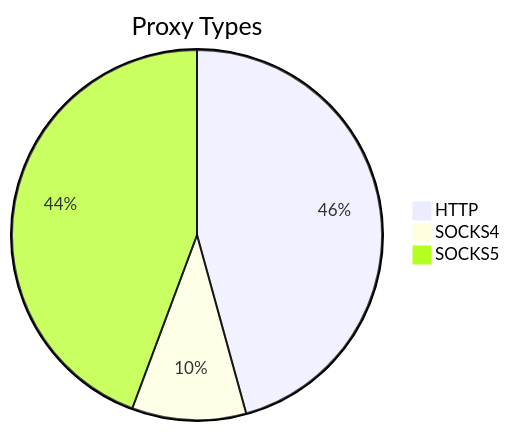
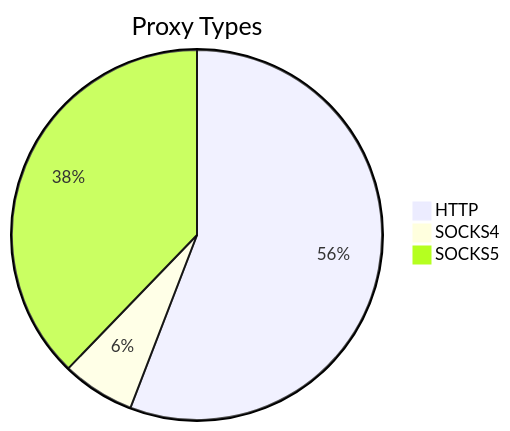
One commit to stormsia/proxy-list changed the first of 2 diagrams in README.md. Above: the diagram before and after it, drawn with Mermaid. The commit also changed other lines of this file, not shown here.

````diff
--- a/README.md
+++ b/README.md
@@ -21,6 +21,6 @@
 ```mermaid
 pie title Proxy Types
-    "HTTP" : 454
-    "SOCKS4" : 99
-    "SOCKS5" : 440
+    "HTTP" : 544
+    "SOCKS4" : 62
+    "SOCKS5" : 368
 ```
````
